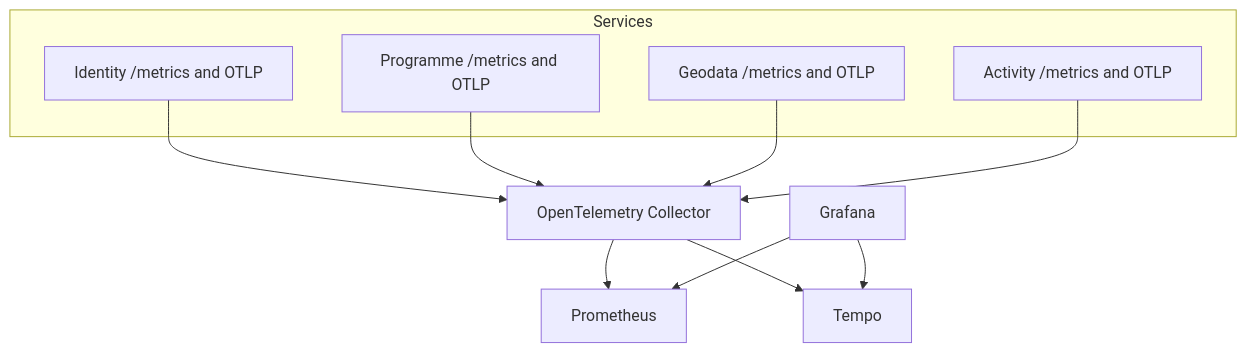
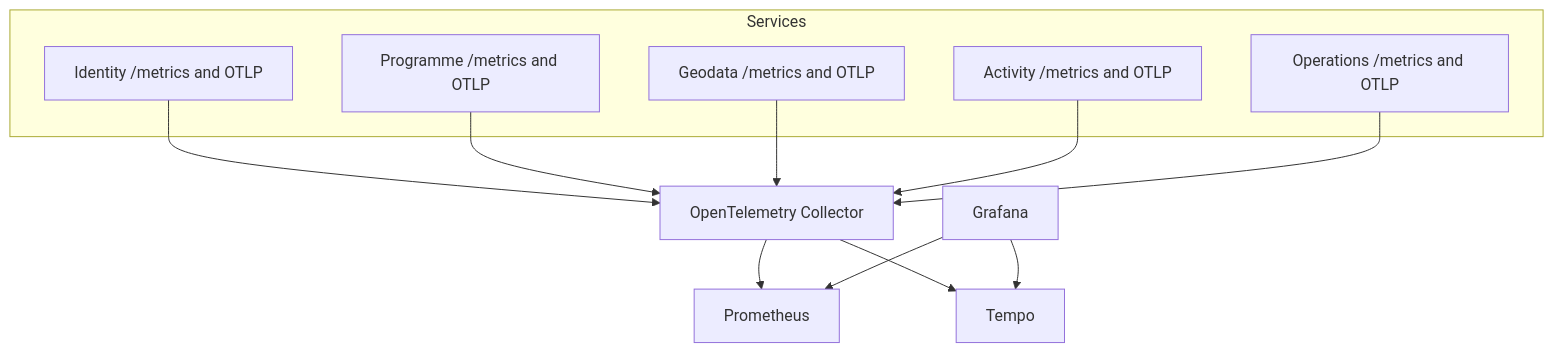
Before and after one commit to myota-platform/myota-docs: the diagram in docs/diagrams/observability-architecture.md, drawn with Mermaid. The commit also changed other lines of this file and 11 other files, not shown here.

First line of the commit message:
docs(architecture): close geodata process-state phase and document JetStream administration

````diff
--- a/docs/diagrams/observability-architecture.md
+++ b/docs/diagrams/observability-architecture.md
@@ -3,21 +3,23 @@
 ```mermaid
 flowchart TB
   subgraph Services
     I[Identity /metrics and OTLP]
     P[Programme /metrics and OTLP]
     G[Geodata /metrics and OTLP]
     A[Activity /metrics and OTLP]
+    O[Operations /metrics and OTLP]
   end
   C[OpenTelemetry Collector]
   PR[Prometheus]
   GR[Grafana]
   T[Tempo]
   I --> C
   P --> C
   G --> C
   A --> C
+  O --> C
   C --> PR
   C --> T
   GR --> PR
   GR --> T
 ```
````
